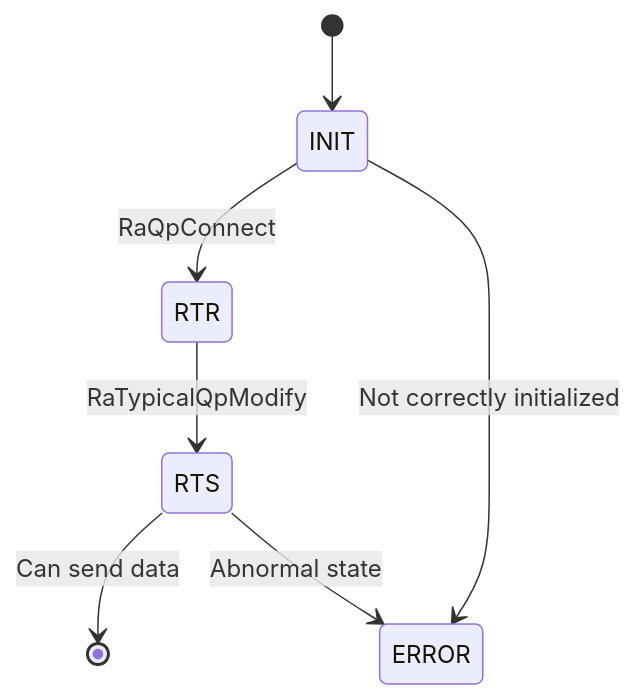
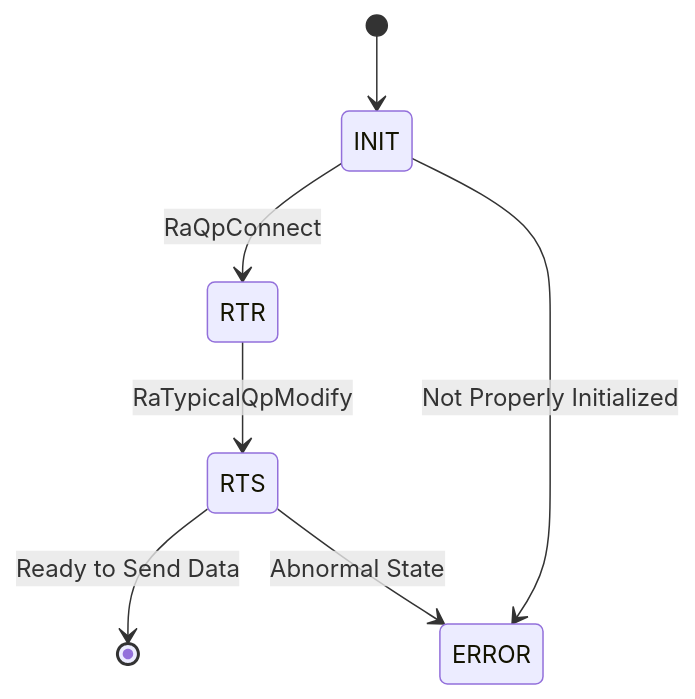
Before and after one commit to Atlas-Ascend-Fork/hcomm: the second of 4 diagrams in test/hccl_vm/docs/faq/modules/faq_en.md, drawn with Mermaid. The commit also changed other lines of this file and 31 other files, not shown here.

````diff
--- a/test/hccl_vm/docs/faq/modules/faq_en.md
+++ b/test/hccl_vm/docs/faq/modules/faq_en.md
@@ -548,9 +550,9 @@
 ```mermaid
 stateDiagram-v2
     [*] --> INIT
     INIT --> RTR: RaQpConnect
     RTR --> RTS: RaTypicalQpModify
-    RTS --> [*]: Can send data
-    RTS --> ERROR: Abnormal state
-    INIT --> ERROR: Not correctly initialized
+    RTS --> [*]: Ready to Send Data
+    RTS --> ERROR: Abnormal State
+    INIT --> ERROR: Not Properly Initialized
 ```
````
